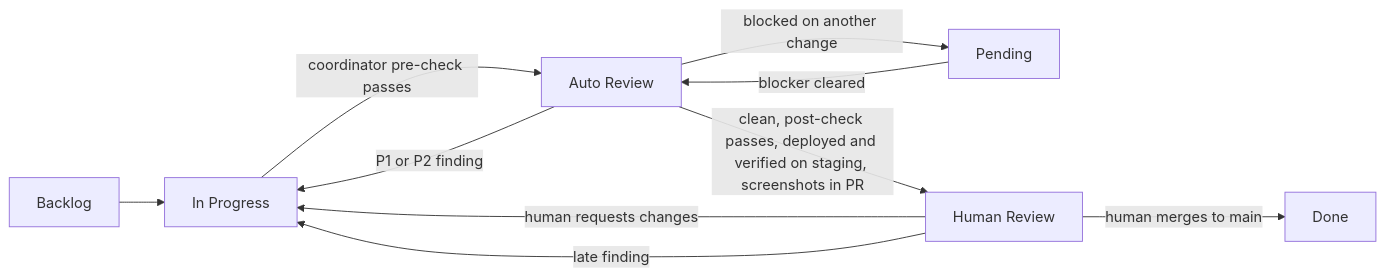
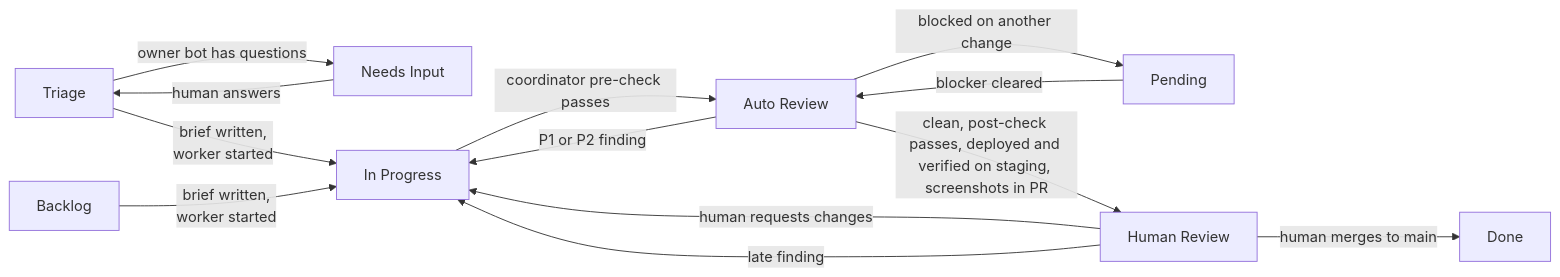
One commit to tangentcode/methodology changed the diagram in workflow.md. Above: the diagram before and after it, drawn with Mermaid. The commit also changed other lines of this file and 12 other files, not shown here.

First line of the commit message:
Workflow: Triage starts with options, a human decision, then a brief or Needs Input

````diff
--- a/workflow.md
+++ b/workflow.md
@@ -26,12 +32,15 @@
 ```mermaid
 flowchart LR
-    B[Backlog] --> IP[In Progress]
+    T[Triage] -->|owner bot has questions| NI[Needs Input]
+    T -->|brief written,<br/>worker started| IP[In Progress]
+    NI -->|human answers| T
+    B[Backlog] -->|brief written,<br/>worker started| IP
     IP -->|coordinator pre-check passes| AR[Auto Review]
     AR -->|P1 or P2 finding| IP
     AR -->|blocked on another change| P[Pending]
     P -->|blocker cleared| AR
     AR -->|clean, post-check passes, deployed and verified on staging, screenshots in PR| HR[Human Review]
     HR -->|human requests changes| IP
     HR -->|late finding| IP
     HR -->|human merges to main| D[Done]
 ```
````
